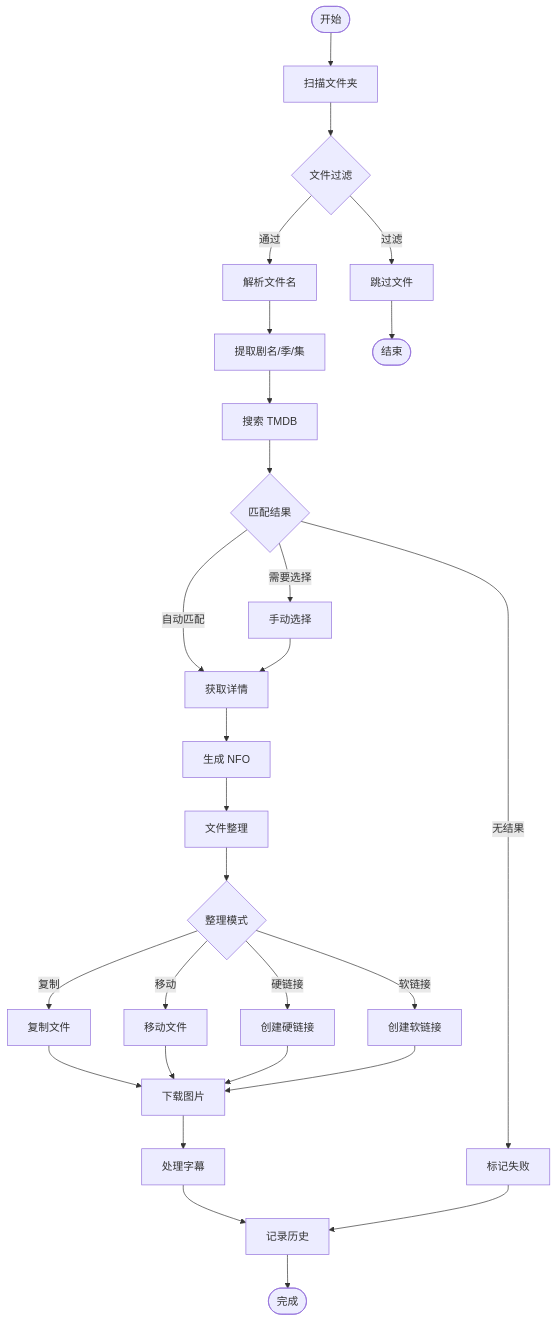
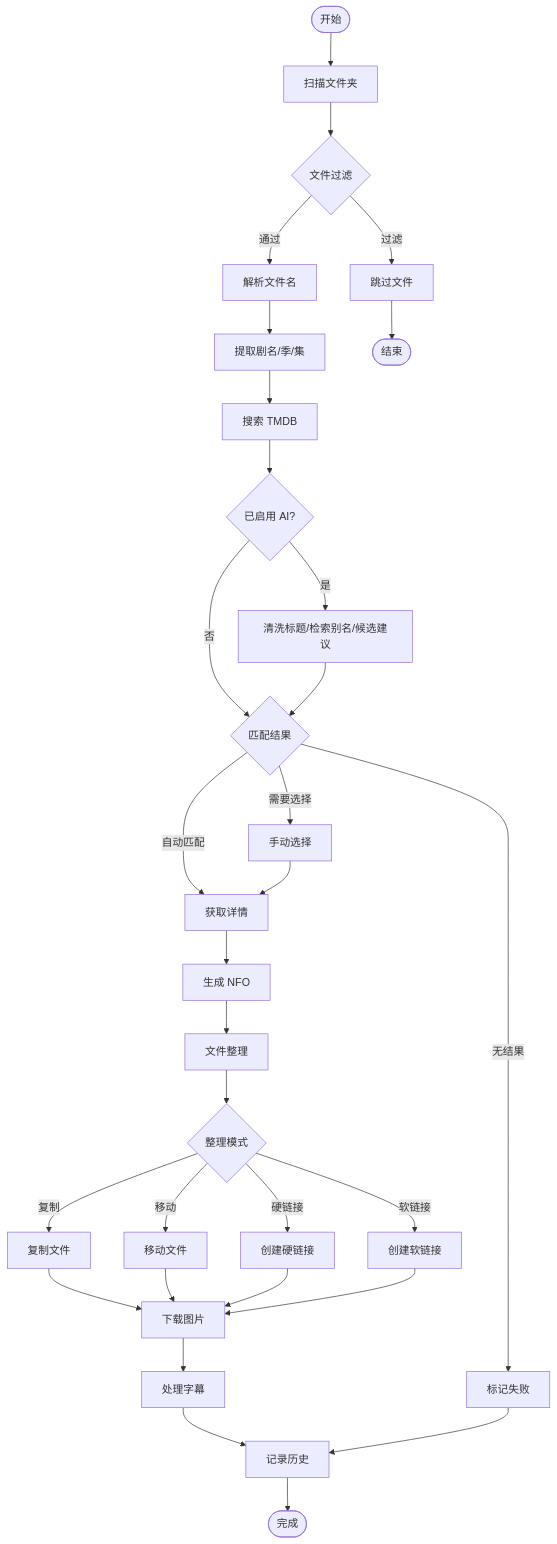
Before and after one commit to sfgawrgarf/MHTI: the third of 6 diagrams in README.md, drawn with Mermaid. The commit also changed other lines of this file, not shown here.

````diff
--- a/README.md
+++ b/README.md
@@ -154,37 +162,40 @@
 ```mermaid
 flowchart TD
     Start([开始]) --> Scan[扫描文件夹]
     Scan --> Filter{文件过滤}
     Filter -->|通过| Parse[解析文件名]
     Filter -->|过滤| Skip[跳过文件]
 
     Parse --> Extract[提取剧名/季/集]
     Extract --> Search[搜索 TMDB]
+    Search --> AI{已启用 AI?}
+    AI -->|是| Refine[清洗标题/检索别名/候选建议]
+    AI -->|否| Match{匹配结果}
+    Refine --> Match
 
-    Search --> Match{匹配结果}
     Match -->|自动匹配| GetDetails[获取详情]
     Match -->|需要选择| Manual[手动选择]
     Match -->|无结果| Failed[标记失败]
 
     Manual --> GetDetails
     GetDetails --> GenNFO[生成 NFO]
     GenNFO --> Organize[文件整理]
 
     Organize --> Mode{整理模式}
     Mode -->|复制| Copy[复制文件]
     Mode -->|移动| Move[移动文件]
     Mode -->|硬链接| HardLink[创建硬链接]
     Mode -->|软链接| SymLink[创建软链接]
 
     Copy --> Download[下载图片]
     Move --> Download
     HardLink --> Download
     SymLink --> Download
 
     Download --> Subtitle[处理字幕]
     Subtitle --> Record[记录历史]
     Record --> Success([完成])
 
     Failed --> Record
     Skip --> End([结束])
 ```
````
